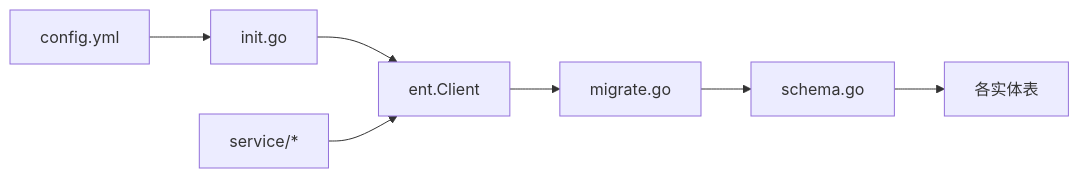
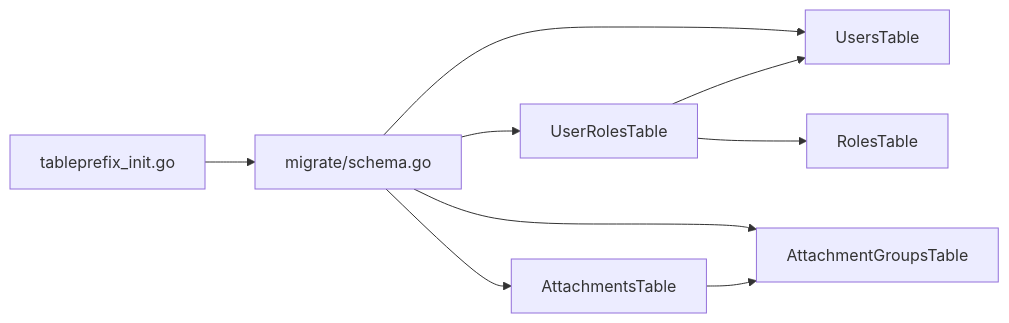
One commit to wuwuseo/e-sports-go-admin changed diagram 12 of 12 in .qoder/repowiki/zh/content/数据库设计/数据库设计.md. Above: the diagram before and after it, drawn with Mermaid. The commit also changed other lines of this file and 115 other files, not shown here.

````diff
--- a/.qoder/repowiki/zh/content/数据库设计/数据库设计.md
+++ b/.qoder/repowiki/zh/content/数据库设计/数据库设计.md
@@ -392,9 +510,11 @@
 ```mermaid
 graph LR
-CFG["config.yml"] --> INIT["init.go"]
-INIT --> CLIENT["ent.Client"]
-CLIENT --> MIGRATE["migrate.go"]
-MIGRATE --> SCHEMA["schema.go"]
-SCHEMA --> MODELS["各实体表"]
-SERVICE["service/*"] --> CLIENT
+TPI["tableprefix_init.go"] --> MS["migrate/schema.go"]
+MS --> U["UsersTable"]
+MS --> UR["UserRolesTable"]
+MS --> AG["AttachmentGroupsTable"]
+MS --> AT["AttachmentsTable"]
+UR --> U
+UR --> R["RolesTable"]
+AT --> AG
 ```
````
